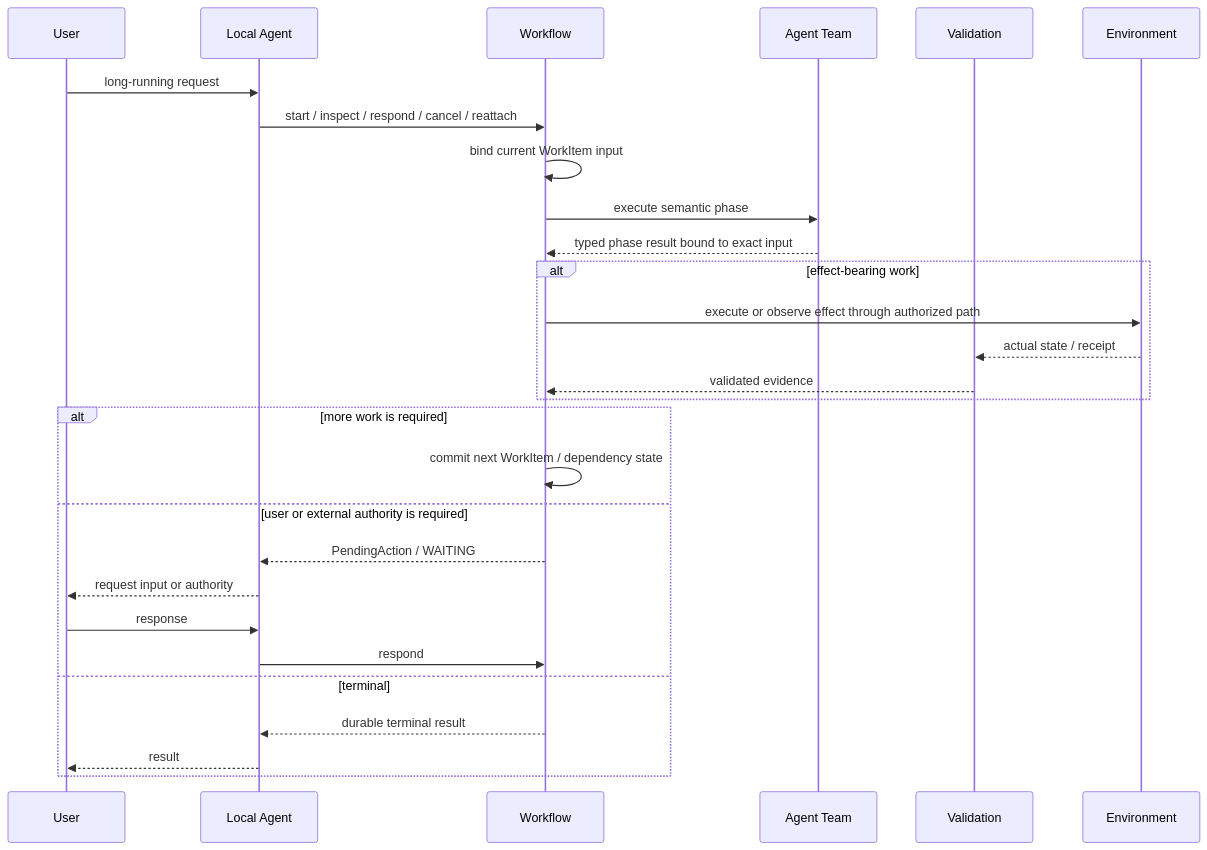
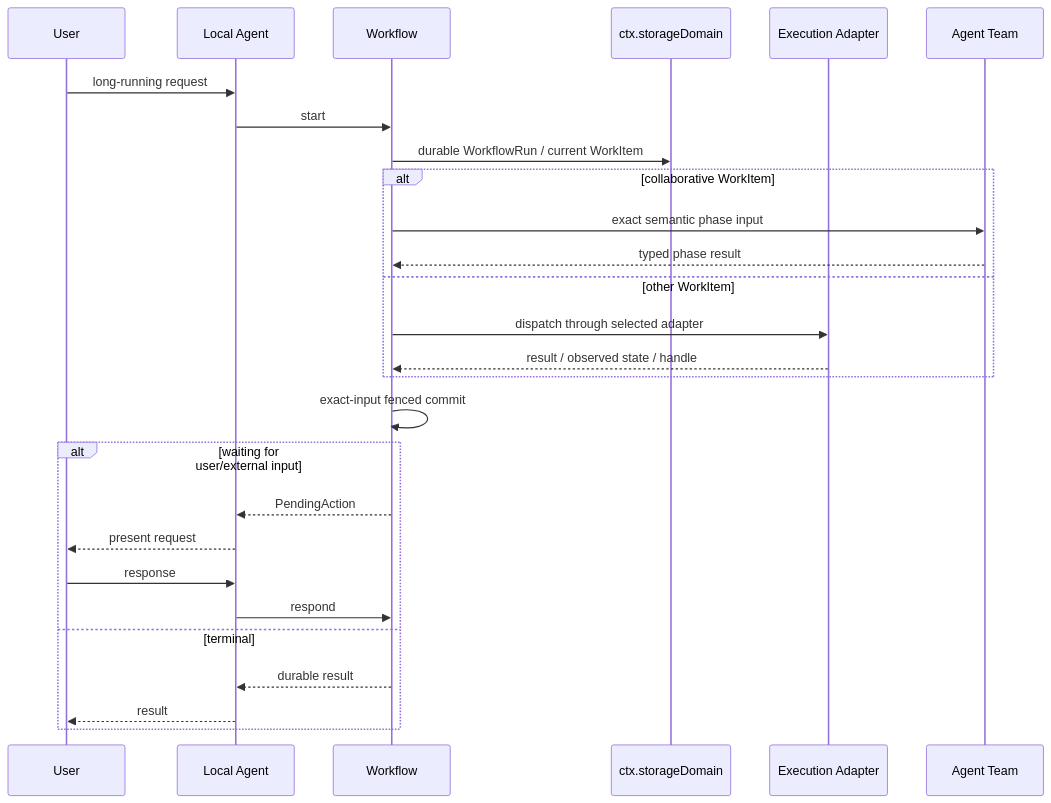
Before and after one commit to tsuuanmi/AgentOS: the third of 8 diagrams in docs/architecture/interaction-model.md, drawn with Mermaid. The commit also changed other lines of this file, not shown here.

```diff
--- a/docs/architecture/interaction-model.md
+++ b/docs/architecture/interaction-model.md
@@ -78,33 +57,33 @@
 ~~~mermaid
 sequenceDiagram
     participant U as User
     participant L as Local Agent
-    participant WF as Workflow
+    participant W as Workflow
+    participant S as ctx.storageDomain
+    participant A as Execution Adapter
     participant T as Agent Team
-    participant V as Validation
-    participant E as Environment
 
     U->>L: long-running request
-    L->>WF: start / inspect / respond / cancel / reattach
-    WF->>WF: bind current WorkItem input
-    WF->>T: execute semantic phase
-    T-->>WF: typed phase result bound to exact input
+    L->>W: start
+    W->>S: durable WorkflowRun / current WorkItem
 
-    alt effect-bearing work
-        WF->>E: execute or observe effect through authorized path
-        E-->>V: actual state / receipt
-        V-->>WF: validated evidence
+    alt collaborative WorkItem
+        W->>T: exact semantic phase input
+        T-->>W: typed phase result
+    else other WorkItem
+        W->>A: dispatch through selected adapter
+        A-->>W: result / observed state / handle
     end
 
-    alt more work is required
-        WF->>WF: commit next WorkItem / dependency state
-    else user or external authority is required
-        WF-->>L: PendingAction / WAITING
-        L-->>U: request input or authority
+    W->>W: exact-input fenced commit
+
+    alt waiting for user/external input
+        W-->>L: PendingAction
+        L-->>U: present request
         U->>L: response
-        L->>WF: respond
+        L->>W: respond
     else terminal
-        WF-->>L: durable terminal result
+        W-->>L: durable result
         L-->>U: result
     end
 ~~~
```
